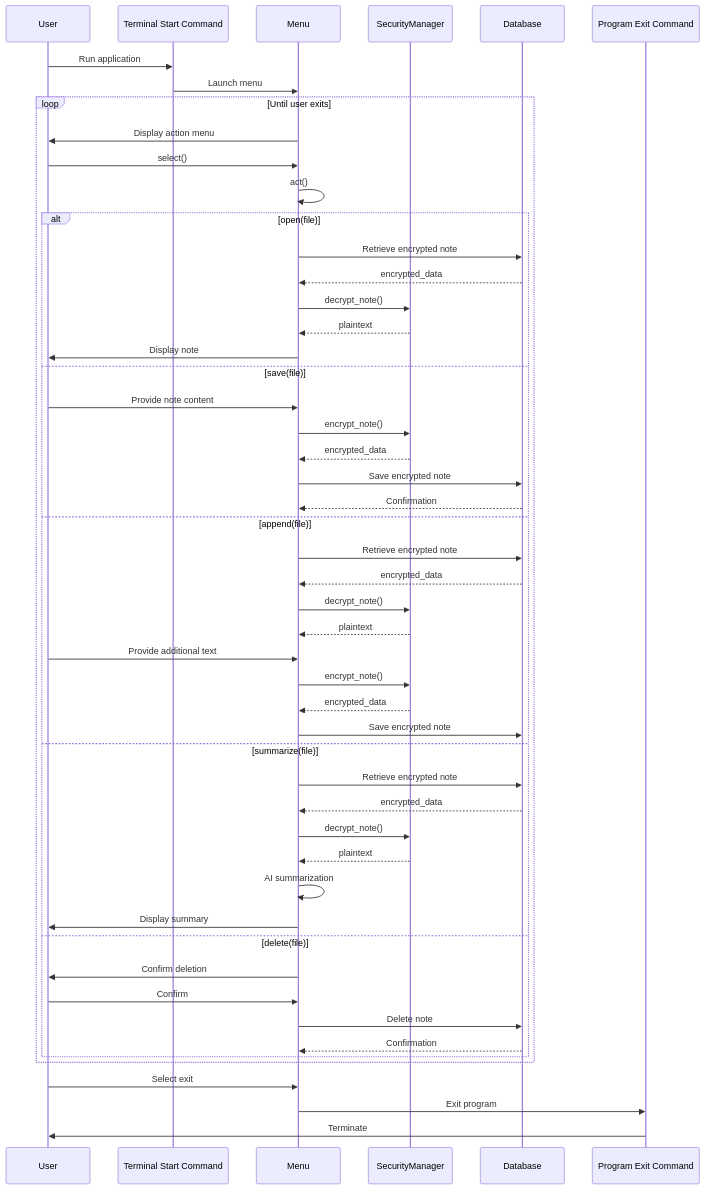
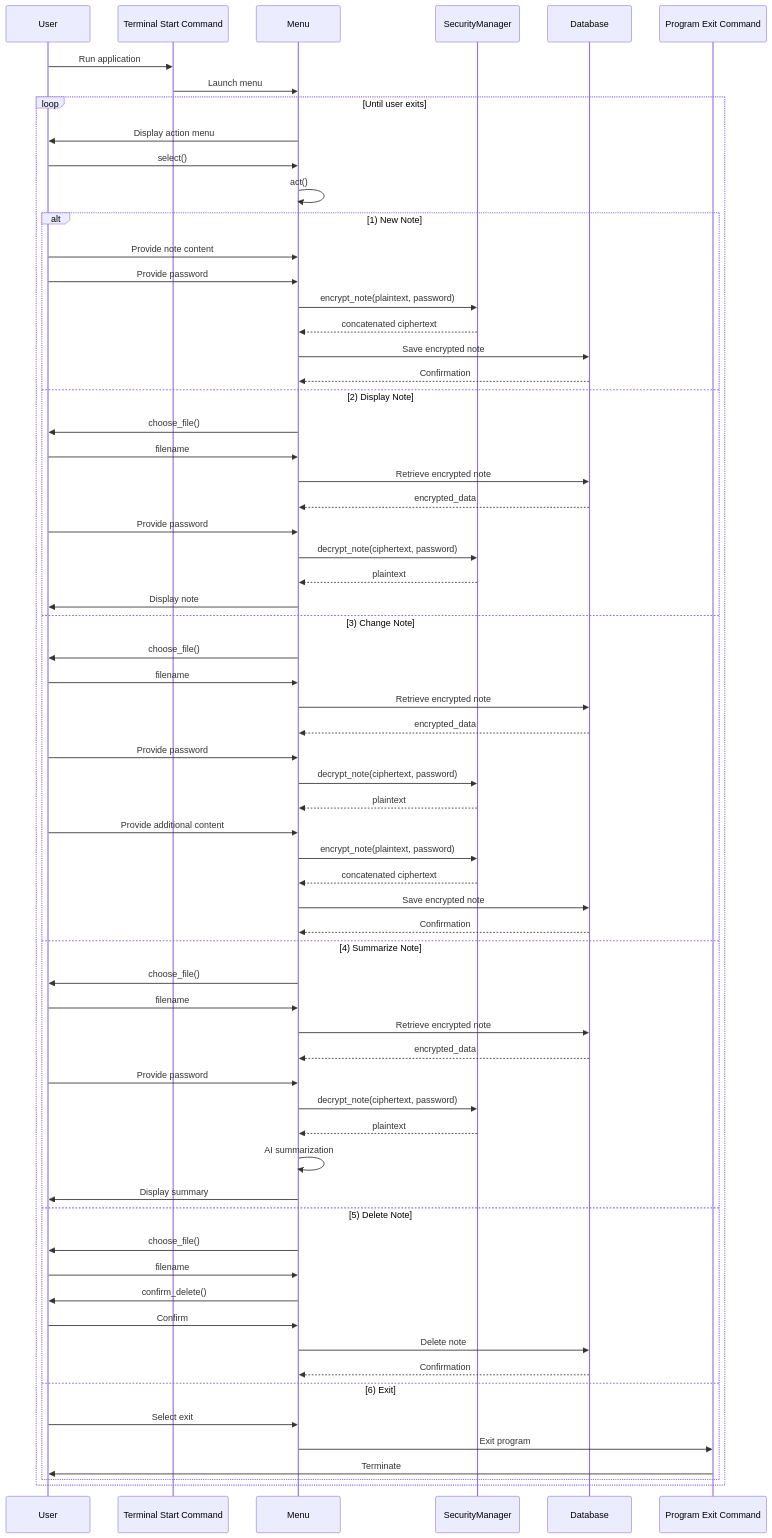
One commit to t-drape/SE300_Secure_Notes_App changed the diagram in HLD_Diagrams/SequenceDiagram.md. Above: the diagram before and after it, drawn with Mermaid.

Commit message:
Update SequenceDiagram.md
expanded menuactions and segmented all alt

````diff
--- a/HLD_Diagrams/SequenceDiagram.md
+++ b/HLD_Diagrams/SequenceDiagram.md
@@ -1,61 +1,75 @@
 ```mermaid
 sequenceDiagram
     participant User
     participant TSC as Terminal Start Command
     participant Menu
     participant SecurityManager
     participant Database
     participant PEC as Program Exit Command
     
     User->>TSC: Run application
     TSC->>Menu: Launch menu
     
     loop Until user exits
         Menu->>User: Display action menu
         User->>Menu: select()
         Menu->>Menu: act()
         
-        alt open(file)
+        alt 1) New Note
+            User->>Menu: Provide note content
+            User->>Menu: Provide password
+            Menu->>SecurityManager: encrypt_note(plaintext, password)
+            SecurityManager-->>Menu: concatenated ciphertext
+            Menu->>Database: Save encrypted note
+            Database-->>Menu: Confirmation
+
+        else 2) Display Note
+            Menu->>User: choose_file()
+            User->>Menu: filename
             Menu->>Database: Retrieve encrypted note
             Database-->>Menu: encrypted_data
-            Menu->>SecurityManager: decrypt_note()
+            User->>Menu: Provide password
+            Menu->>SecurityManager: decrypt_note(ciphertext, password)
             SecurityManager-->>Menu: plaintext
             Menu->>User: Display note
-            
-        else save(file)
-            User->>Menu: Provide note content
-            Menu->>SecurityManager: encrypt_note()
-            SecurityManager-->>Menu: encrypted_data
+
+        else 3) Change Note
+            Menu->>User: choose_file()
+            User->>Menu: filename
+            Menu->>Database: Retrieve encrypted note
+            Database-->>Menu: encrypted_data
+            User->>Menu: Provide password
+            Menu->>SecurityManager: decrypt_note(ciphertext, password)
+            SecurityManager-->>Menu: plaintext
+            User->>Menu: Provide additional content
+            Menu->>SecurityManager: encrypt_note(plaintext, password)
+            SecurityManager-->>Menu: concatenated ciphertext
             Menu->>Database: Save encrypted note
             Database-->>Menu: Confirmation
-            
-        else append(file)
+
+        else 4) Summarize Note
+            Menu->>User: choose_file()
+            User->>Menu: filename
             Menu->>Database: Retrieve encrypted note
             Database-->>Menu: encrypted_data
-            Menu->>SecurityManager: decrypt_note()
-            SecurityManager-->>Menu: plaintext
-            User->>Menu: Provide additional text
-            Menu->>SecurityManager: encrypt_note()
-            SecurityManager-->>Menu: encrypted_data
-            Menu->>Database: Save encrypted note
-            
-        else summarize(file)
-            Menu->>Database: Retrieve encrypted note
-            Database-->>Menu: encrypted_data
-            Menu->>SecurityManager: decrypt_note()
+            User->>Menu: Provide password
+            Menu->>SecurityManager: decrypt_note(ciphertext, password)
             SecurityManager-->>Menu: plaintext
             Menu->>Menu: AI summarization
             Menu->>User: Display summary
-            
-        else delete(file)
-            Menu->>User: Confirm deletion
+
+        else 5) Delete Note
+            Menu->>User: choose_file()
+            User->>Menu: filename
+            Menu->>User: confirm_delete()
             User->>Menu: Confirm
             Menu->>Database: Delete note
             Database-->>Menu: Confirmation
+
+        else 6) Exit
+            User->>Menu: Select exit
+            Menu->>PEC: Exit program
+            PEC->>User: Terminate
         end
     end
-    
-    User->>Menu: Select exit
-    Menu->>PEC: Exit program
-    PEC->>User: Terminate
 ```
````
